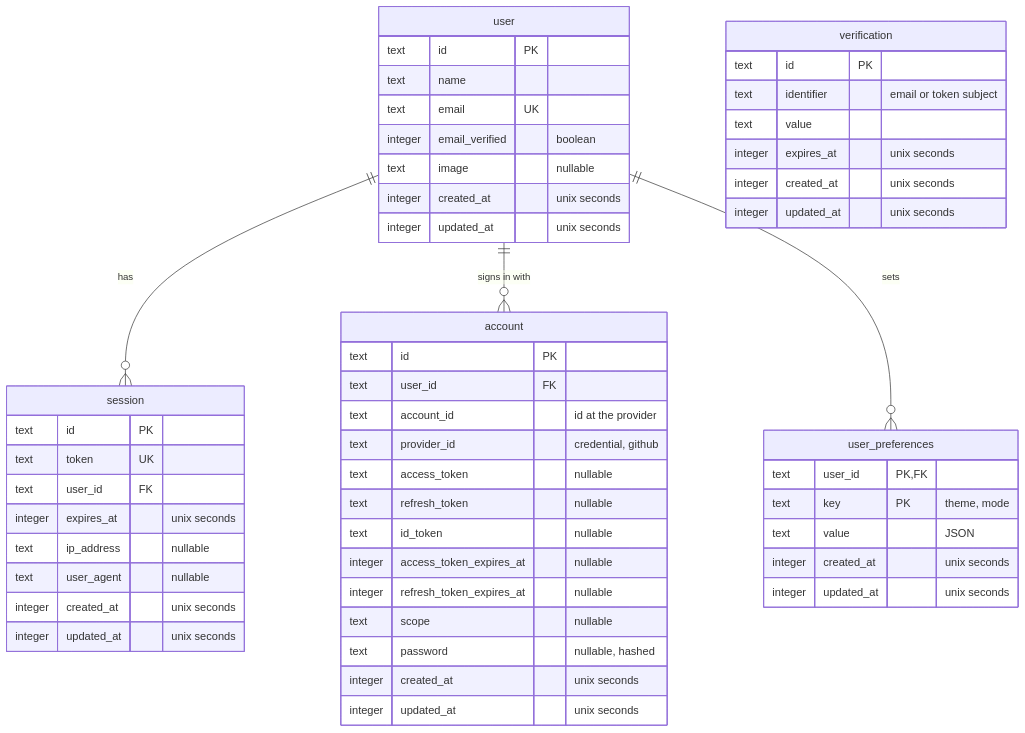
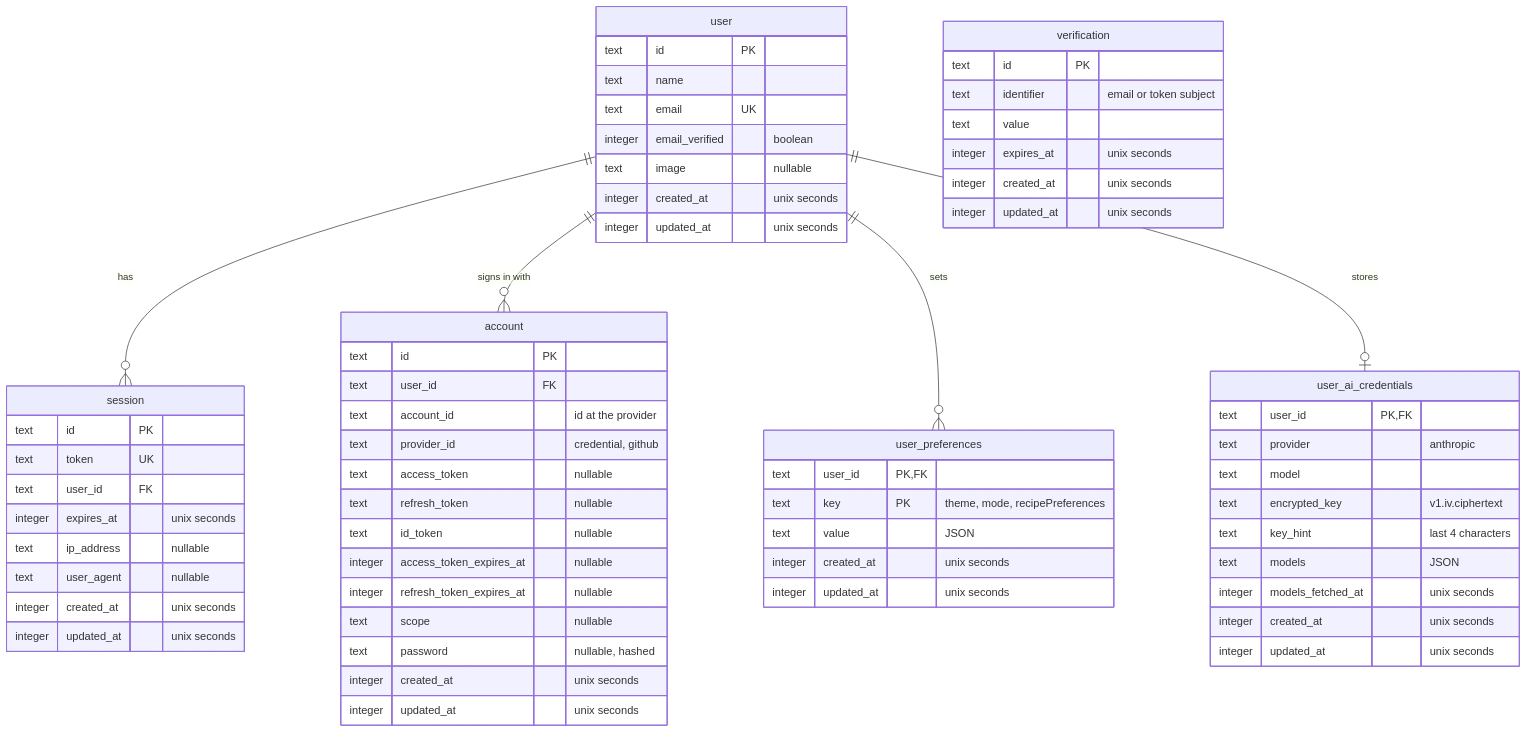
Before and after one commit to laczbali/autobourdain: the diagram in apps/api/src/db/schema.md, drawn with Mermaid. The commit also changed other lines of this file and 51 other files, not shown here.

````diff
--- a/apps/api/src/db/schema.md
+++ b/apps/api/src/db/schema.md
@@ -15,60 +15,73 @@
 ```mermaid
 erDiagram
     user ||--o{ session : "has"
     user ||--o{ account : "signs in with"
     user ||--o{ user_preferences : "sets"
+    user ||--o| user_ai_credentials : "stores"
 
     user {
         text id PK
         text name
         text email UK
         integer email_verified "boolean"
         text image "nullable"
         integer created_at "unix seconds"
         integer updated_at "unix seconds"
     }
 
     session {
         text id PK
         text token UK
         text user_id FK
         integer expires_at "unix seconds"
         text ip_address "nullable"
         text user_agent "nullable"
         integer created_at "unix seconds"
         integer updated_at "unix seconds"
     }
 
     account {
         text id PK
         text user_id FK
         text account_id "id at the provider"
         text provider_id "credential, github"
         text access_token "nullable"
         text refresh_token "nullable"
         text id_token "nullable"
         integer access_token_expires_at "nullable"
         integer refresh_token_expires_at "nullable"
         text scope "nullable"
         text password "nullable, hashed"
         integer created_at "unix seconds"
         integer updated_at "unix seconds"
     }
 
     verification {
         text id PK
         text identifier "email or token subject"
         text value
         integer expires_at "unix seconds"
         integer created_at "unix seconds"
         integer updated_at "unix seconds"
     }
 
     user_preferences {
         text user_id PK, FK
-        text key PK "theme, mode"
+        text key PK "theme, mode, recipePreferences"
         text value "JSON"
         integer created_at "unix seconds"
         integer updated_at "unix seconds"
     }
+
+    user_ai_credentials {
+        text user_id PK, FK
+        text provider "anthropic"
+        text model
+        text encrypted_key "v1.iv.ciphertext"
+        text key_hint "last 4 characters"
+        text models "JSON"
+        integer models_fetched_at "unix seconds"
+        integer created_at "unix seconds"
+        integer updated_at "unix seconds"
+    }
 ```
````
